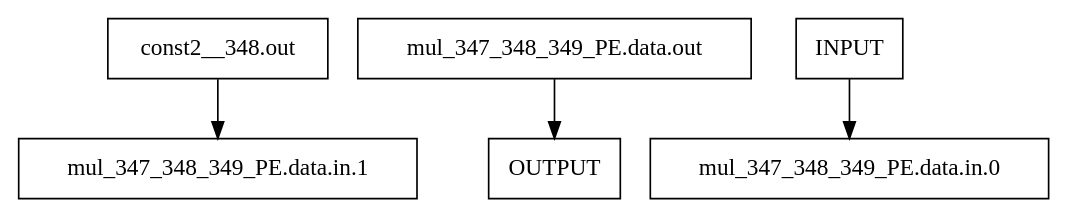
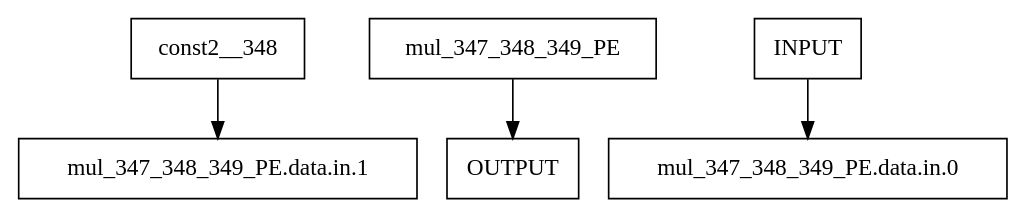
One commit to akashlevy/CGRAGenerator changed the diagram in bitstream/bsbuilder/testdir/examples/pointwise_mapped.dot. Above: the diagram before and after it, drawn with Graphviz. The commit also changed 5 other files, not shown here.

```diff
--- a/bitstream/bsbuilder/testdir/examples/pointwise_mapped.dot
+++ b/bitstream/bsbuilder/testdir/examples/pointwise_mapped.dot
@@ -1,6 +1,6 @@
 digraph Diagram {
   node [shape=box]; # Comment
-    "const2__348.out" -> "mul_347_348_349_PE.data.in.1";
-    "mul_347_348_349_PE.data.out" -> "OUTPUT";
+    "const2__348" -> "mul_347_348_349_PE.data.in.1";
+    "mul_347_348_349_PE" -> "OUTPUT";
     "INPUT" -> "mul_347_348_349_PE.data.in.0";
 }
```
